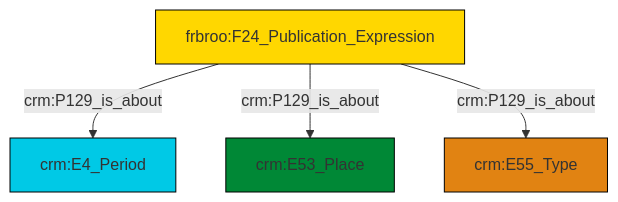
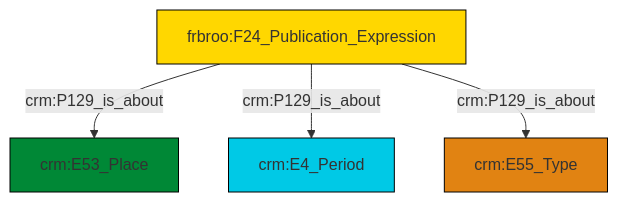
Before and after one commit to swiss-art-research-net/reference-data-models: the diagram in et/biblioCSV/ttl/mmd/biblio_aboutness.ttl.mmd, drawn with Mermaid. The commit also changed 128 other files, not shown here.

```diff
--- a/et/biblioCSV/ttl/mmd/biblio_aboutness.ttl.mmd
+++ b/et/biblioCSV/ttl/mmd/biblio_aboutness.ttl.mmd
@@ -1,18 +1,18 @@
 graph TD
 classDef Literal fill:#f2f2f2,stroke:#000000;
 classDef CRM_Entity fill:#FFFFFF,stroke:#000000;
 classDef Temporal_Entity fill:#00C9E6, stroke:#000000;
 classDef Type fill:#E18312, stroke:#000000;
 classDef Time-Span fill:#2C9C91, stroke:#000000;
 classDef Appellation fill:#FFEB7F, stroke:#000000;
 classDef Place fill:#008836, stroke:#000000;
 classDef Persistent_Item fill:#B266B2, stroke:#000000;
 classDef Conceptual_Object fill:#FFD700, stroke:#000000;
 classDef Physical_Thing fill:#D2B48C, stroke:#000000;
 classDef Actor fill:#f58aad, stroke:#000000;
 classDef PC_Classes fill:#4ce600, stroke:#000000;
 classDef Multi fill:#cccccc,stroke:#000000;
 
-2["frbroo:F24_Publication_Expression"]:::Conceptual_Object -->|crm:P129_is_about| 3["crm:E4_Period"]:::Temporal_Entity
-2["frbroo:F24_Publication_Expression"]:::Conceptual_Object -->|crm:P129_is_about| 0["crm:E53_Place"]:::Place
-2["frbroo:F24_Publication_Expression"]:::Conceptual_Object -->|crm:P129_is_about| 6["crm:E55_Type"]:::Type
+0["frbroo:F24_Publication_Expression"]:::Conceptual_Object -->|crm:P129_is_about| 1["crm:E53_Place"]:::Place
+0["frbroo:F24_Publication_Expression"]:::Conceptual_Object -->|crm:P129_is_about| 2["crm:E4_Period"]:::Temporal_Entity
+0["frbroo:F24_Publication_Expression"]:::Conceptual_Object -->|crm:P129_is_about| 5["crm:E55_Type"]:::Type
```
